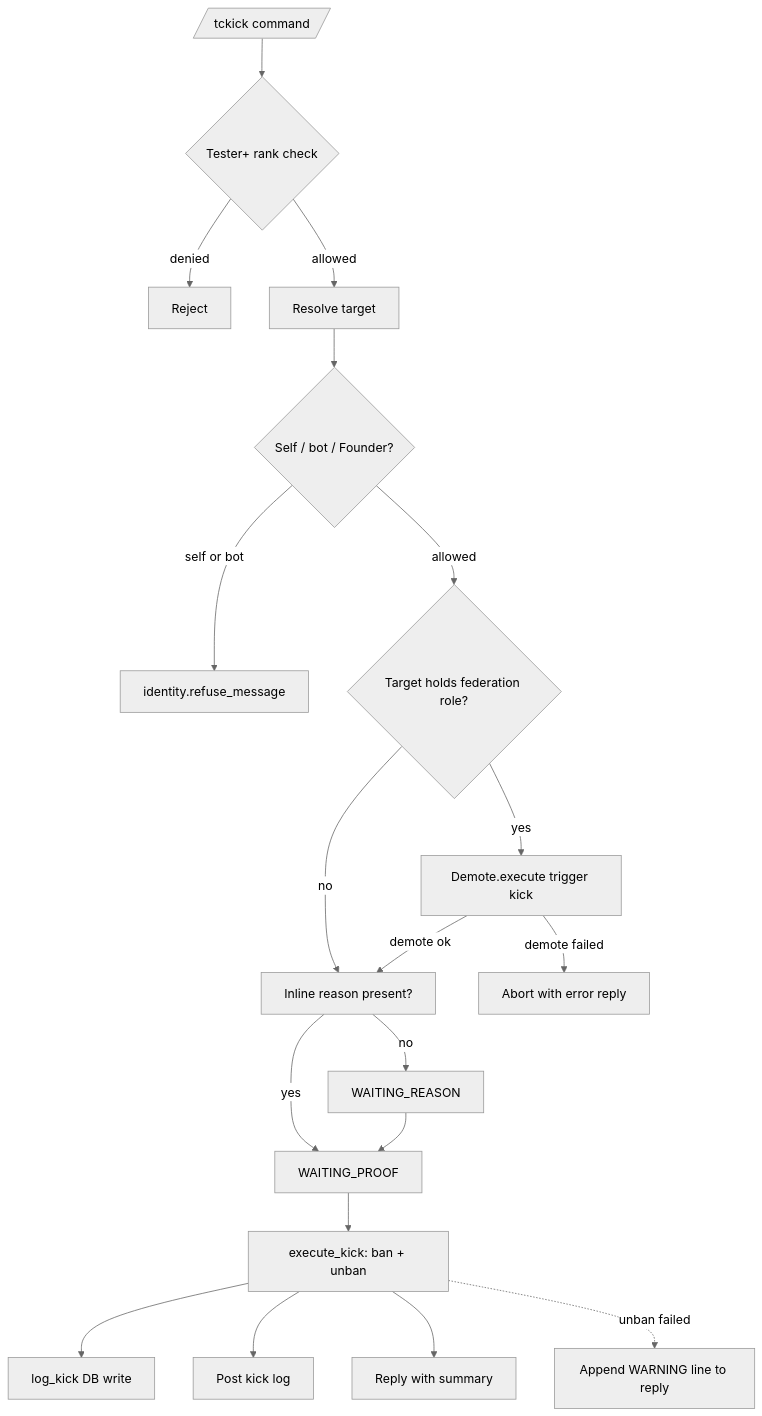
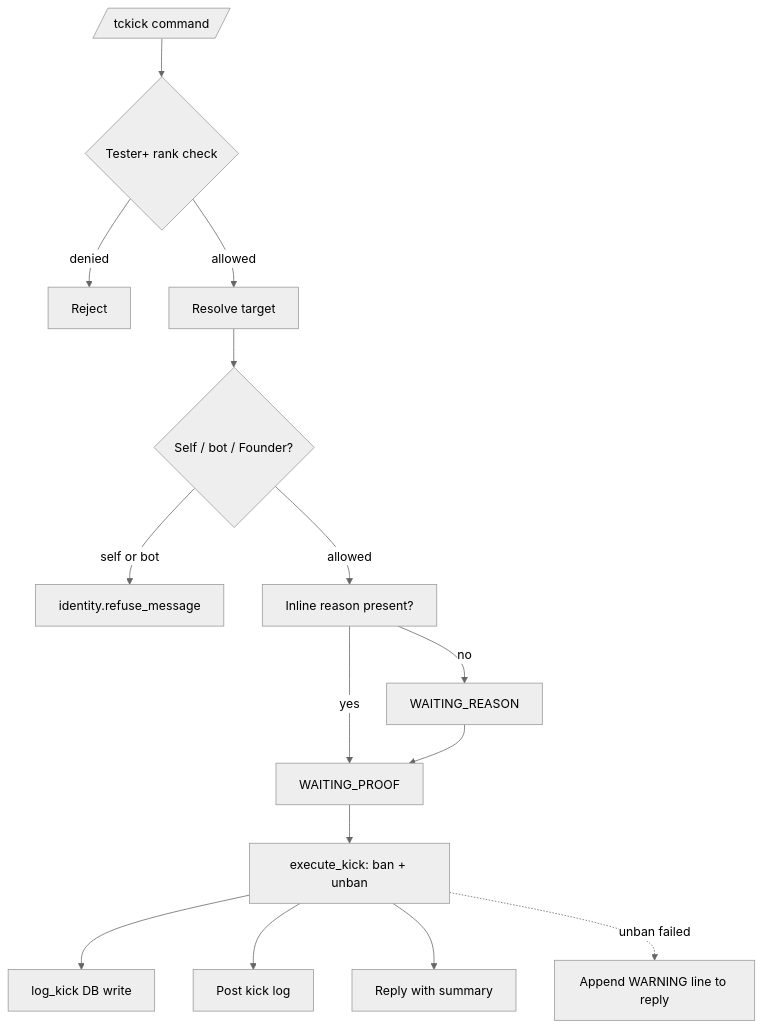
Before and after one commit to D1ZZY4/tcbot: the diagram in docs/features/moderation/kicking.md, drawn with Mermaid (neutral theme). The commit also changed other lines of this file and 15 other files, not shown here.

First line of the commit message:
fix(moderation): remove the federation role when the action is enforced

````diff
--- a/docs/features/moderation/kicking.md
+++ b/docs/features/moderation/kicking.md
@@ -12,21 +12,17 @@
 ```mermaid
 flowchart TD
     Cmd[/tckick command/] --> Perm{Tester+ rank check}
     Perm -->|denied| End1[Reject]
     Perm -->|allowed| Target[Resolve target]
     Target --> Ident{Self / bot / Founder?}
     Ident -->|self or bot| Refuse[identity.refuse_message]
-    Ident -->|allowed| RoleCheck{Target holds federation role?}
-    RoleCheck -->|yes| AutoDemote[Demote.execute trigger kick]
-    RoleCheck -->|no| ReasonStep
-    AutoDemote -->|demote failed| Abort[Abort with error reply]
-    AutoDemote -->|demote ok| ReasonStep[Inline reason present?]
+    Ident -->|allowed| ReasonStep[Inline reason present?]
     ReasonStep -->|yes| ProofStep[WAITING_PROOF]
     ReasonStep -->|no| ReasonPrompt[WAITING_REASON]
     ReasonPrompt --> ProofStep
     ProofStep --> Exec[execute_kick: ban + unban]
     Exec --> LogDB[log_kick DB write]
     Exec --> LogChan[Post kick log]
     Exec --> Reply[Reply with summary]
     Exec -.->|unban failed| Warning[Append WARNING line to reply]
 ```
````
